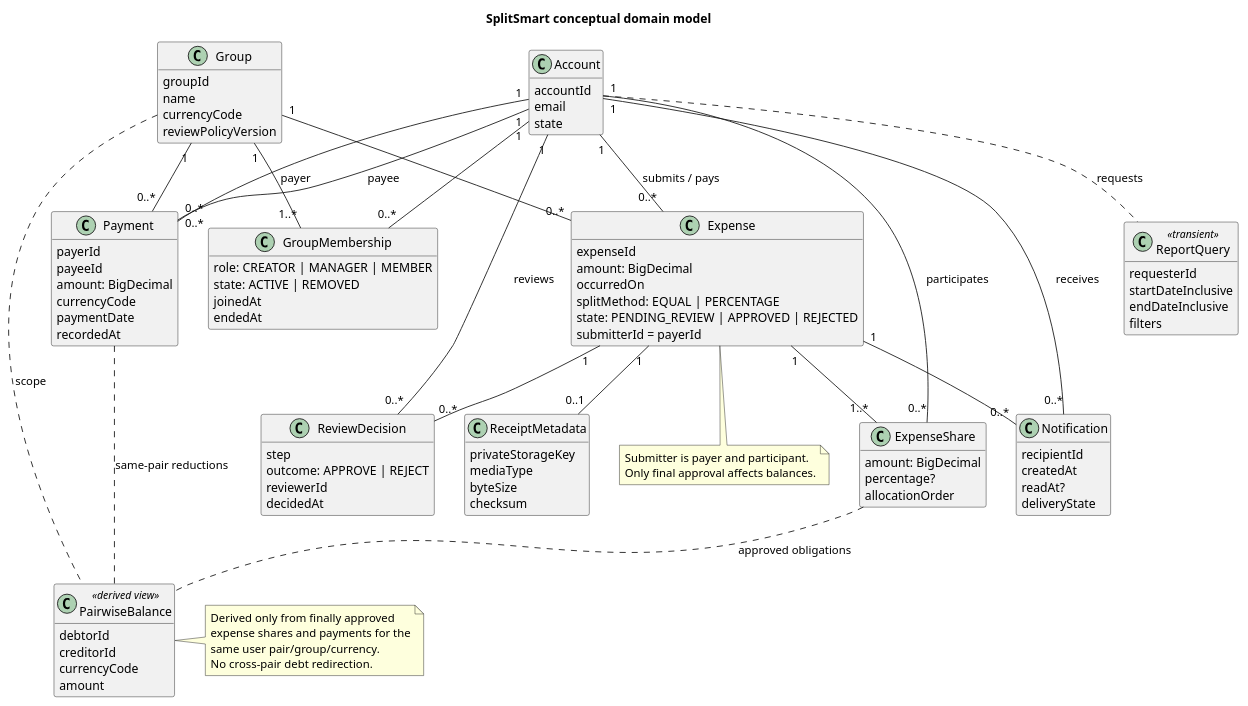
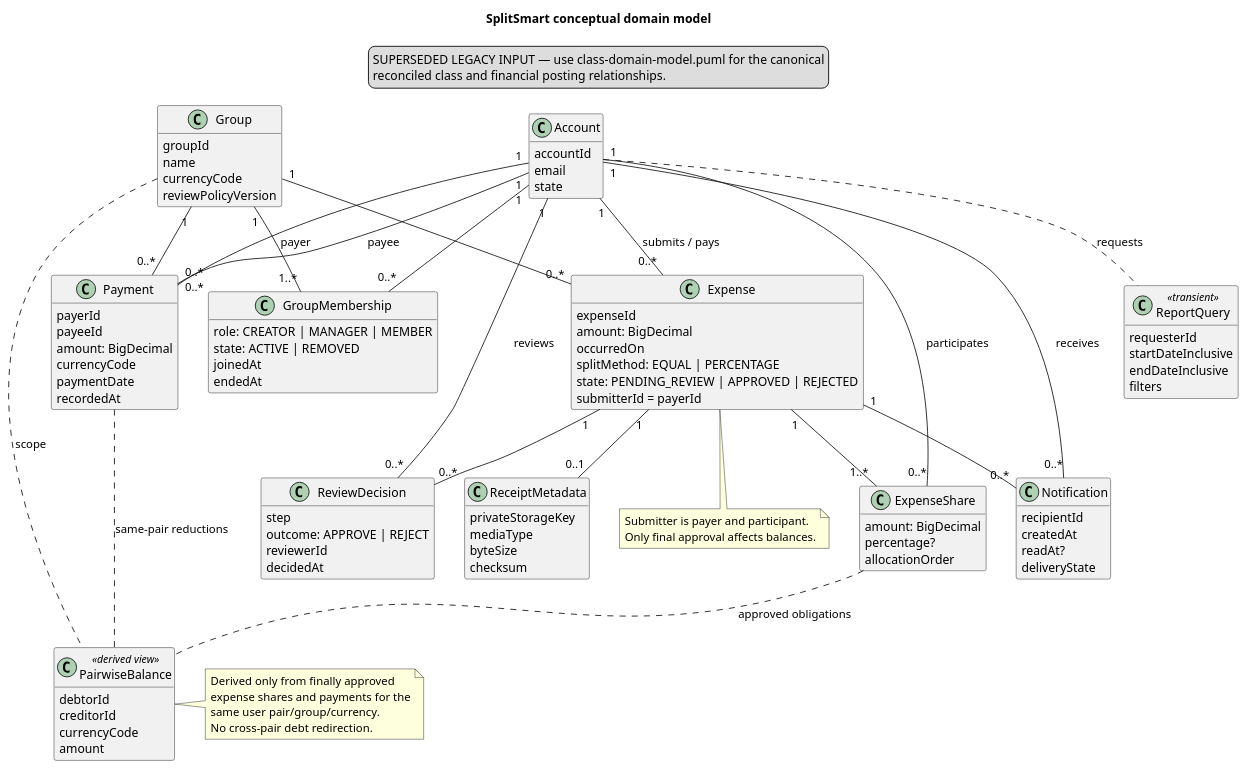
Before and after one commit to Zein05/Cis285_TermProject: the diagram in specs/001-expense-sharing/diagrams/domain-model.puml, drawn with PlantUML. The commit also changed 31 other files, not shown here.

```diff
--- a/specs/001-expense-sharing/diagrams/domain-model.puml
+++ b/specs/001-expense-sharing/diagrams/domain-model.puml
@@ -1,116 +1,120 @@
 @startuml
 title SplitSmart conceptual domain model
+legend top
+SUPERSEDED LEGACY INPUT — use class-domain-model.puml for the canonical
+reconciled class and financial posting relationships.
+endlegend
 hide methods
 skinparam classAttributeIconSize 0
 
 class Account {
   accountId
   email
   state
 }
 
 class Group {
   groupId
   name
   currencyCode
   reviewPolicyVersion
 }
 
 class GroupMembership {
   role: CREATOR | MANAGER | MEMBER
   state: ACTIVE | REMOVED
   joinedAt
   endedAt
 }
 
 class Expense {
   expenseId
   amount: BigDecimal
   occurredOn
   splitMethod: EQUAL | PERCENTAGE
   state: PENDING_REVIEW | APPROVED | REJECTED
   submitterId = payerId
 }
 
 class ExpenseShare {
   amount: BigDecimal
   percentage?
   allocationOrder
 }
 
 class ReviewDecision {
   step
   outcome: APPROVE | REJECT
   reviewerId
   decidedAt
 }
 
 class Notification {
   recipientId
   createdAt
   readAt?
   deliveryState
 }
 
 class Payment {
   payerId
   payeeId
   amount: BigDecimal
   currencyCode
   paymentDate
   recordedAt
 }
 
 class ReceiptMetadata {
   privateStorageKey
   mediaType
   byteSize
   checksum
 }
 
 class ReportQuery <<transient>> {
   requesterId
   startDateInclusive
   endDateInclusive
   filters
 }
 
 class PairwiseBalance <<derived view>> {
   debtorId
   creditorId
   currencyCode
   amount
 }
 
 Account "1" -- "0..*" GroupMembership
 Group "1" -- "1..*" GroupMembership
 Group "1" -- "0..*" Expense
 Account "1" -- "0..*" Expense : submits / pays
 Expense "1" -- "1..*" ExpenseShare
 Account "1" -- "0..*" ExpenseShare : participates
 Expense "1" -- "0..*" ReviewDecision
 Account "1" -- "0..*" ReviewDecision : reviews
 Expense "1" -- "0..1" ReceiptMetadata
 Expense "1" -- "0..*" Notification
 Account "1" -- "0..*" Notification : receives
 Group "1" -- "0..*" Payment
 Account "1" -- "0..*" Payment : payer
 Account "1" -- "0..*" Payment : payee
 Group .. PairwiseBalance : scope
 ExpenseShare .. PairwiseBalance : approved obligations
 Payment .. PairwiseBalance : same-pair reductions
 Account .. ReportQuery : requests
 
 note right of PairwiseBalance
 Derived only from finally approved
 expense shares and payments for the
 same user pair/group/currency.
 No cross-pair debt redirection.
 end note
 
 note bottom of Expense
 Submitter is payer and participant.
 Only final approval affects balances.
 end note
 
 @enduml
```
